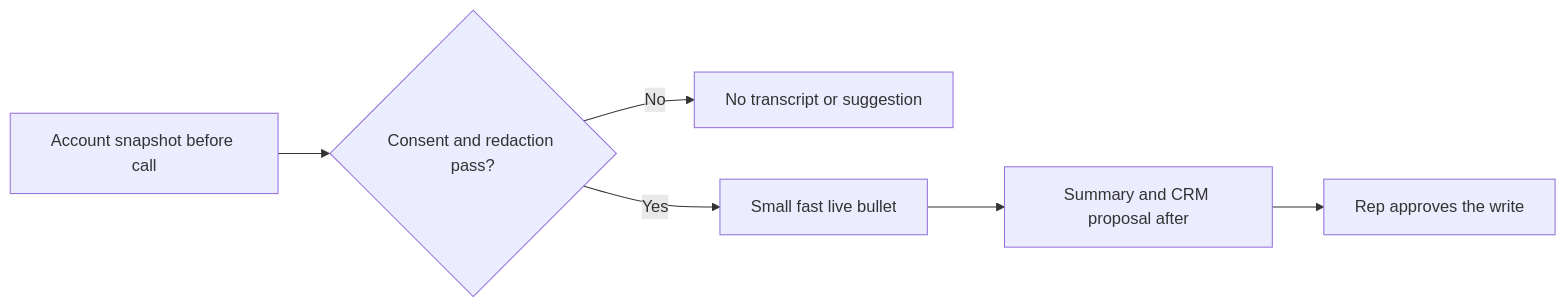
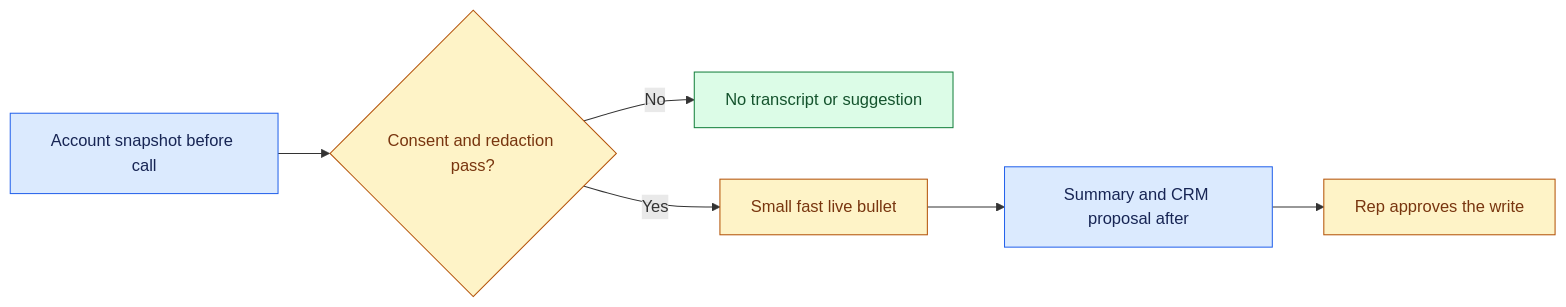
The diagram in site/case-pages/real-time-call-assistant/introduction.md (Sourav692/Forward-Deployed-Engineer-Interview-Prep), drawn with Mermaid before and after one commit. The commit also changed other lines of this file and 1268 other files, not shown here.

First line of the commit message:
content: polish Casebook writing and Mermaid diagrams (#251)

````diff
--- a/site/case-pages/real-time-call-assistant/introduction.md
+++ b/site/case-pages/real-time-call-assistant/introduction.md
@@ -15,8 +19,16 @@
 ```mermaid
 flowchart LR
   A[Account snapshot before call] --> B{Consent and redaction pass?}
   B -->|No| C[No transcript or suggestion]
   B -->|Yes| D[Small fast live bullet]
   D --> E[Summary and CRM proposal after]
   E --> F[Rep approves the write]
+
+    %% Casebook colours: entry, reasoning, results, controls, and stopped paths.
+    classDef cbInput fill:#dbeafe,stroke:#2563eb,color:#172554
+    class A,E cbInput
+    classDef cbPolicy fill:#fef3c7,stroke:#b45309,color:#78350f
+    class B,D,F cbPolicy
+    classDef cbAction fill:#dcfce7,stroke:#15803d,color:#14532d
+    class C cbAction
 ```
````
